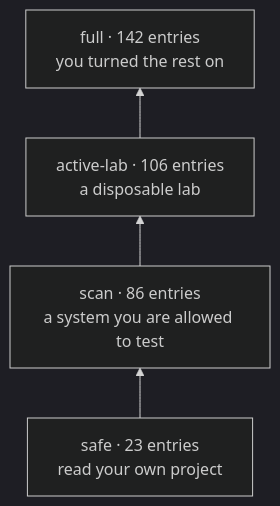
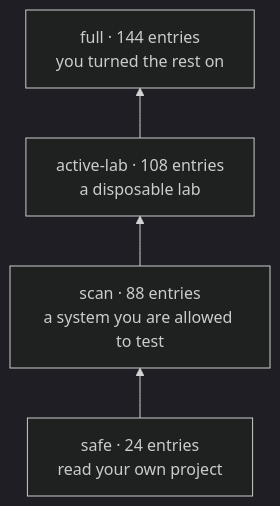
Before and after one commit to Coff0xc/AutoRedTeam-Orchestrator: the third of 12 diagrams in README.md, drawn with Mermaid (dark theme). The commit also changed other lines of this file and 12 other files, not shown here.

````diff
--- a/README.md
+++ b/README.md
@@ -117,8 +117,8 @@
 ```mermaid
 flowchart BT
-  safe["safe · 23 entries<br/>read your own project"]
-  scan["scan · 86 entries<br/>a system you are allowed to test"]
-  lab["active-lab · 106 entries<br/>a disposable lab"]
-  full["full · 142 entries<br/>you turned the rest on"]
+  safe["safe · 24 entries<br/>read your own project"]
+  scan["scan · 88 entries<br/>a system you are allowed to test"]
+  lab["active-lab · 108 entries<br/>a disposable lab"]
+  full["full · 144 entries<br/>you turned the rest on"]
   safe --> scan --> lab --> full
 ```
````
